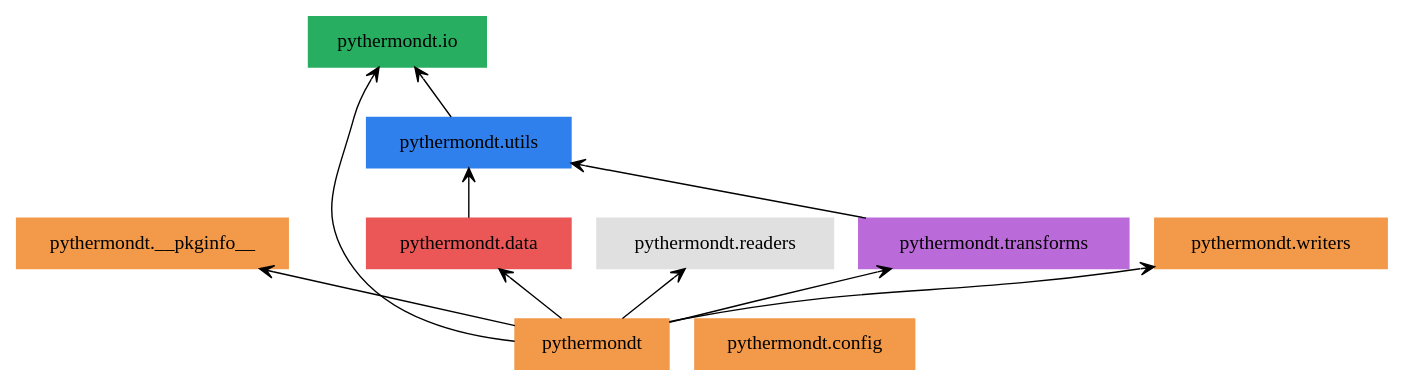
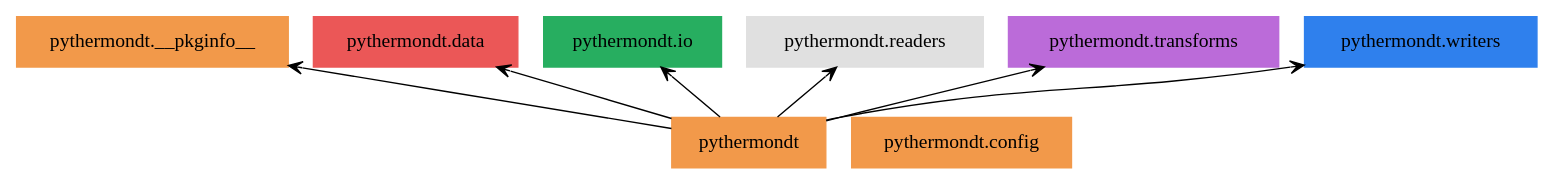
Before and after one commit to voidsy-gmbh/pyThermoNDT: the diagram in docs/pyreverse/graphviz/packages_Overview.gv, drawn with Graphviz. The commit also changed 31 other files, not shown here.

```diff
--- a/docs/pyreverse/graphviz/packages_Overview.gv
+++ b/docs/pyreverse/graphviz/packages_Overview.gv
@@ -1,22 +1,18 @@
 digraph "packages_Overview" {
 rankdir=BT
 charset="utf-8"
 "pythermondt" [color="#F2994A", label=<pythermondt>, shape="box", style="filled"];
 "pythermondt.__pkginfo__" [color="#F2994A", label=<pythermondt.__pkginfo__>, shape="box", style="filled"];
 "pythermondt.config" [color="#F2994A", label=<pythermondt.config>, shape="box", style="filled"];
 "pythermondt.data" [color="#EB5757", label=<pythermondt.data>, shape="box", style="filled"];
 "pythermondt.io" [color="#27AE60", label=<pythermondt.io>, shape="box", style="filled"];
 "pythermondt.readers" [color="#E0E0E0", label=<pythermondt.readers>, shape="box", style="filled"];
 "pythermondt.transforms" [color="#BB6BD9", label=<pythermondt.transforms>, shape="box", style="filled"];
-"pythermondt.utils" [color="#2F80ED", label=<pythermondt.utils>, shape="box", style="filled"];
-"pythermondt.writers" [color="#F2994A", label=<pythermondt.writers>, shape="box", style="filled"];
+"pythermondt.writers" [color="#2F80ED", label=<pythermondt.writers>, shape="box", style="filled"];
 "pythermondt" -> "pythermondt.__pkginfo__" [arrowhead="open", arrowtail="none"];
 "pythermondt" -> "pythermondt.data" [arrowhead="open", arrowtail="none"];
 "pythermondt" -> "pythermondt.io" [arrowhead="open", arrowtail="none"];
 "pythermondt" -> "pythermondt.readers" [arrowhead="open", arrowtail="none"];
 "pythermondt" -> "pythermondt.transforms" [arrowhead="open", arrowtail="none"];
 "pythermondt" -> "pythermondt.writers" [arrowhead="open", arrowtail="none"];
-"pythermondt.data" -> "pythermondt.utils" [arrowhead="open", arrowtail="none"];
-"pythermondt.transforms" -> "pythermondt.utils" [arrowhead="open", arrowtail="none"];
-"pythermondt.utils" -> "pythermondt.io" [arrowhead="open", arrowtail="none"];
 }
```
